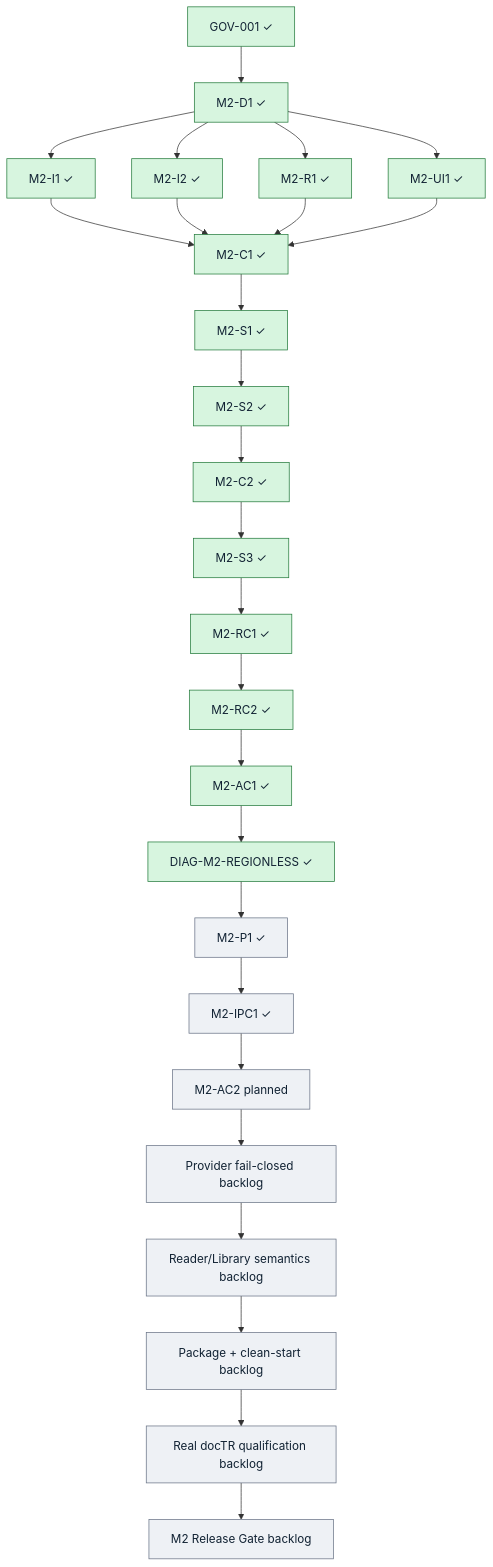
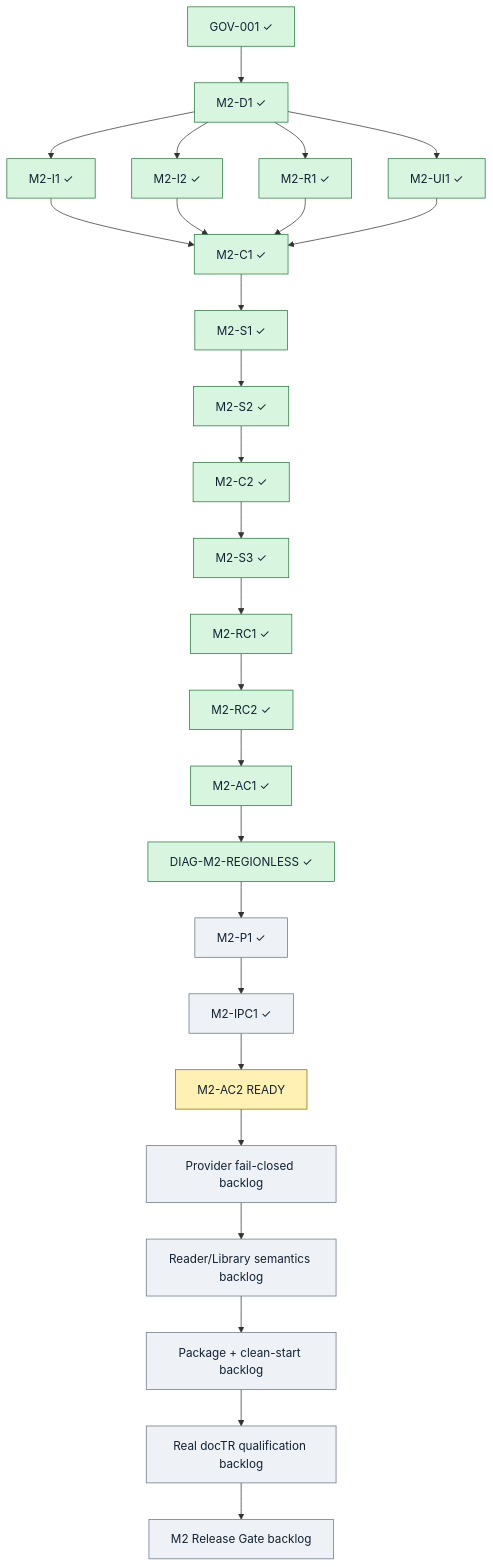
Before and after one commit to peakwheat-pixel/New-Manga: the diagram in doc/REBASELINE_PLAN.md, drawn with Mermaid. The commit also changed other lines of this file and 5 other files, not shown here.

````diff
--- a/doc/REBASELINE_PLAN.md
+++ b/doc/REBASELINE_PLAN.md
@@ -55,27 +55,28 @@
 ```mermaid
 flowchart TD
   GOV["GOV-001 ✓"] --> D1["M2-D1 ✓"]
   D1 --> I1["M2-I1 ✓"]
   D1 --> I2["M2-I2 ✓"]
   D1 --> R1["M2-R1 ✓"]
   D1 --> UI1["M2-UI1 ✓"]
   I1 --> C1["M2-C1 ✓"]
   I2 --> C1
   R1 --> C1
   UI1 --> C1
   C1 --> S1["M2-S1 ✓"] --> S2["M2-S2 ✓"] --> C2["M2-C2 ✓"] --> S3["M2-S3 ✓"] --> RC1["M2-RC1 ✓"] --> RC2["M2-RC2 ✓"] --> AC1["M2-AC1 ✓"]
   AC1 --> DIAG["DIAG-M2-REGIONLESS ✓"]
   DIAG --> P1["M2-P1 ✓"]
   P1 --> IPC1["M2-IPC1 ✓"]
-  IPC1 --> AC2["M2-AC2 planned"]
+  IPC1 --> AC2["M2-AC2 READY"]
   AC2 --> AC3["Provider fail-closed backlog"]
   AC3 --> AC4["Reader/Library semantics backlog"]
   AC4 --> PKG["Package + clean-start backlog"]
   PKG --> ML["Real docTR qualification backlog"]
   ML --> RG["M2 Release Gate backlog"]
   classDef done fill:#d7f5df,stroke:#237a3b,color:#123;
   classDef ready fill:#fff0b3,stroke:#8a6d00,color:#123;
   classDef planned fill:#eef1f5,stroke:#697386,color:#123;
   class GOV,D1,I1,I2,R1,UI1,C1,S1,S2,C2,S3,RC1,RC2,AC1,DIAG,P1 done;
-  class P1,IPC1,AC2,AC3,AC4,PKG,ML,RG planned;
+  class P1,IPC1,AC3,AC4,PKG,ML,RG planned;
+  class AC2 ready;
 ```
````
